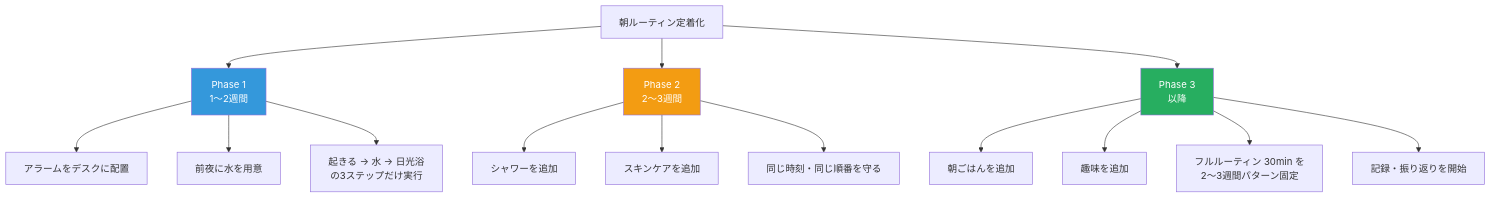
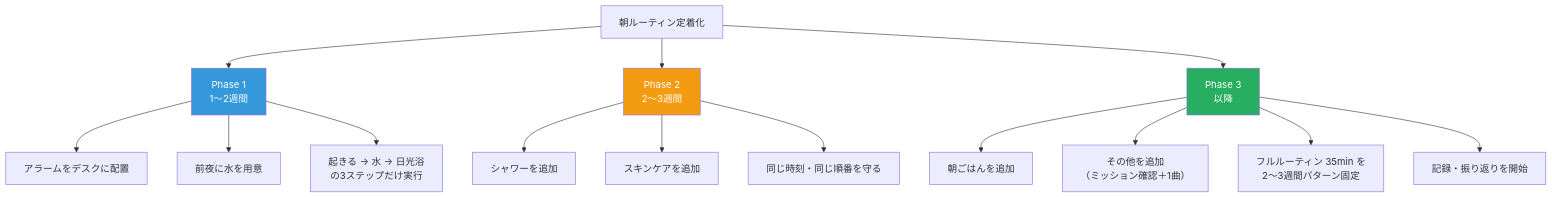
Before and after one commit to iharak058070-afk/test: diagram 11 of 12 in 朝ルーティン定着化プロジェクト.md, drawn with Mermaid. The commit also changed other lines of this file, not shown here.

First line of the commit message:
Update 朝ルーティン: シャワー10min化・趣味→その他（ミッション確認+1曲）に変更

````diff
--- a/朝ルーティン定着化プロジェクト.md
+++ b/朝ルーティン定着化プロジェクト.md
@@ -289,23 +294,23 @@
 ```mermaid
 graph TD
     ROOT["朝ルーティン定着化"] --> P1["Phase 1\n1〜2週間"]
     ROOT --> P2["Phase 2\n2〜3週間"]
     ROOT --> P3["Phase 3\n以降"]
 
     P1 --> P1A["アラームをデスクに配置"]
     P1 --> P1B["前夜に水を用意"]
     P1 --> P1C["起きる → 水 → 日光浴\nの3ステップだけ実行"]
 
     P2 --> P2A["シャワーを追加"]
     P2 --> P2B["スキンケアを追加"]
     P2 --> P2C["同じ時刻・同じ順番を守る"]
 
     P3 --> P3A["朝ごはんを追加"]
-    P3 --> P3B["趣味を追加"]
-    P3 --> P3C["フルルーティン 30min を\n2〜3週間パターン固定"]
+    P3 --> P3B["その他を追加\n（ミッション確認＋1曲）"]
+    P3 --> P3C["フルルーティン 35min を\n2〜3週間パターン固定"]
     P3 --> P3D["記録・振り返りを開始"]
 
     style P1 fill:#3498db,color:#fff
     style P2 fill:#f39c12,color:#fff
     style P3 fill:#27ae60,color:#fff
 ```
````
